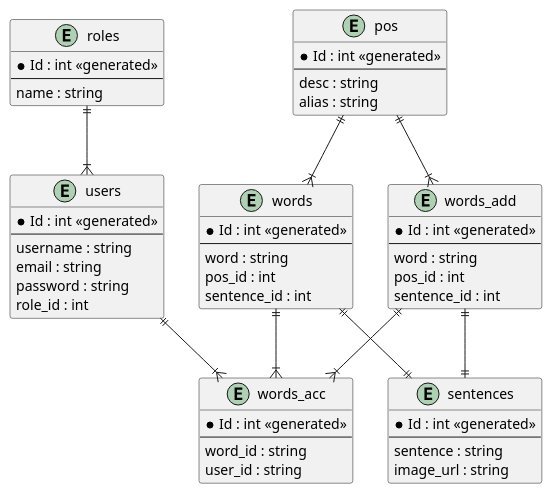
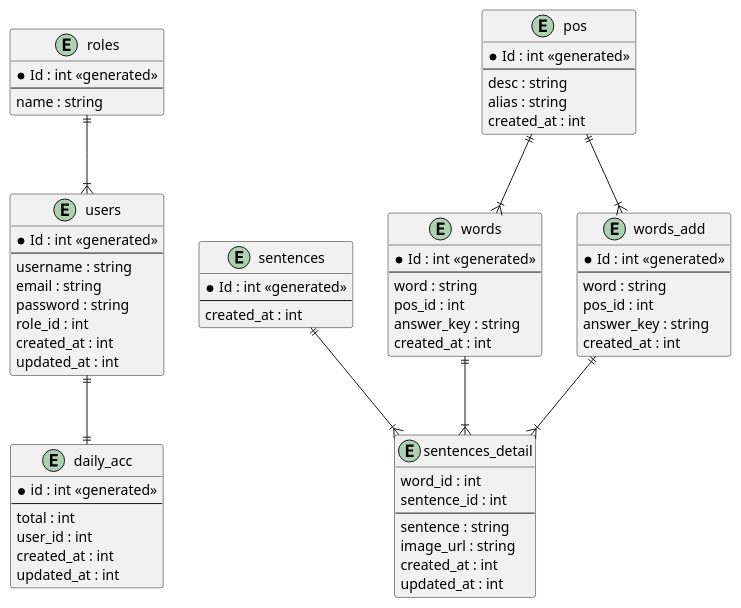
Before and after one commit to faridlan/vocab-utility: the diagram in model/erd_vocab.puml, drawn with PlantUML. The commit also changed 2 other files, not shown here.

```diff
--- a/model/erd_vocab.puml
+++ b/model/erd_vocab.puml
@@ -1,64 +1,89 @@
 @startuml erd_vocab
 
 entity "roles" as r {
   *Id : int <<generated>>
   --
   name : string
 }
 
 entity "users" as u {
   *Id : int <<generated>>
   --
   username : string
   email : string
   password : string
   role_id : int
+  created_at : int
+  updated_at : int
 }
 
 entity "words" as w {
   *Id : int <<generated>>
   --
   word : string
   pos_id : int
-  sentence_id : int
+  answer_key : string
+  created_at : int
 }
 
 entity "pos" as p {
   *Id : int <<generated>>
   --
   desc : string
-  alias : string 
+  alias : string
+  created_at : int
 }
 
 entity "sentences" as s {
   *Id : int <<generated>>
   --
-  sentence : string
-  image_url : string 
+  created_at : int
 }
 
-entity "words_acc" as wac {
-  *Id : int <<generated>>
+entity "sentences_detail" as sd {
+  word_id : int
+  sentence_id : int
   --
-  word_id : string
-  user_id : string 
+  sentence : string
+  image_url : string
+  created_at : int
+  updated_at : int
 }
+
+' entity "words_acc" as wac {
+'   *Id : int <<generated>>
+'   --
+'   word_id : string
+'   user_id : string 
+' }
 
 entity "words_add" as wad {
   *Id : int <<generated>>
   --
   word : string
-  pos_id : int 
-  sentence_id : int
+  pos_id : int
+  answer_key : string
+  created_at : int
+}
+
+entity "daily_acc" as da {
+  *id : int <<generated>>
+  --
+  total : int
+  user_id : int
+  created_at : int
+  updated_at : int
 }
 
 r ||--|{ u
-w ||--|| s
-wad ||--|| s
+w ||--|{ sd
+s ||--|{ sd
+wad ||--|{ sd
 p ||--|{ w
 p ||--|{ wad
-u ||--|{ wac
-w ||--|{ wac
-wad ||--|{ wac
+u ||--|| da
+' u ||--|{ wac
+' w ||--|{ wac
+' wad ||--|{ wac
 
 @enduml
```
